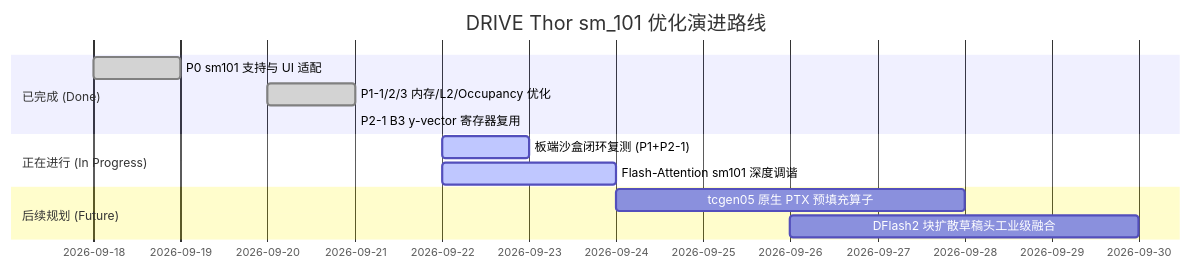
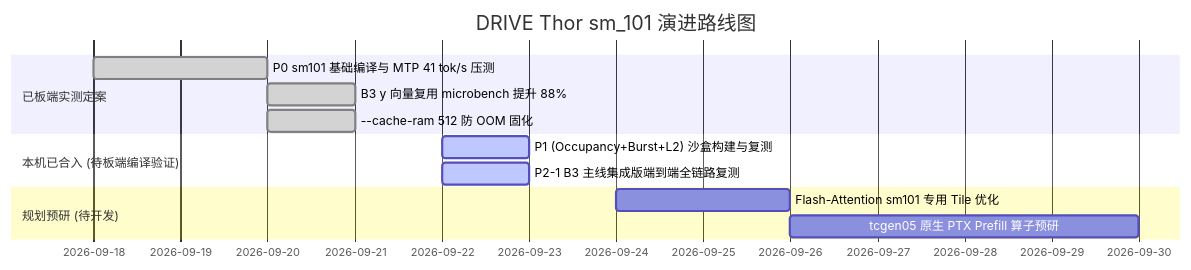
The diagram in README.md (haochen76/llama.cpp_sm101), drawn with Mermaid before and after one commit. The commit also changed other lines of this file, not shown here.

````diff
--- a/README.md
+++ b/README.md
@@ -82,15 +71,15 @@
 ```mermaid
 gantt
-    title DRIVE Thor sm_101 优化演进路线
+    title DRIVE Thor sm_101 演进路线图
     dateFormat  YYYY-MM-DD
-    section 已完成 (Done)
-    P0 sm101 支持与 UI 适配         :done, 2026-09-18, 2026-09-19
-    P1-1/2/3 内存/L2/Occupancy 优化  :done, 2026-09-20, 2026-09-21
-    P2-1 B3 y-vector 寄存器复用     :done, 2026-09-21, 2026-09-21
-    section 正在进行 (In Progress)
-    板端沙盒闭环复测 (P1+P2-1)       :active, 2026-09-22, 2026-09-23
-    Flash-Attention sm101 深度调谐   :active, 2026-09-22, 2026-09-24
-    section 后续规划 (Future)
-    tcgen05 原生 PTX 预填充算子     : 2026-09-24, 2026-09-28
-    DFlash2 块扩散草稿头工业级融合    : 2026-09-26, 2026-09-30
+    section 已板端实测定案
+    P0 sm101 基础编译与 MTP 41 tok/s 压测 :done, 2026-09-18, 2026-09-20
+    B3 y 向量复用 microbench 提升 88%    :done, 2026-09-20, 2026-09-21
+    --cache-ram 512 防 OOM 固化         :done, 2026-09-20, 2026-09-21
+    section 本机已合入 (待板端编译验证)
+    P1 (Occupancy+Burst+L2) 沙盒构建与复测 :active, 2026-09-22, 2026-09-23
+    P2-1 B3 主线集成版端到端全链路复测     :active, 2026-09-22, 2026-09-23
+    section 规划预研 (待开发)
+    Flash-Attention sm101 专用 Tile 优化   : 2026-09-24, 2026-09-26
+    tcgen05 原生 PTX Prefill 算子预研     : 2026-09-26, 2026-09-30
 ```
````
